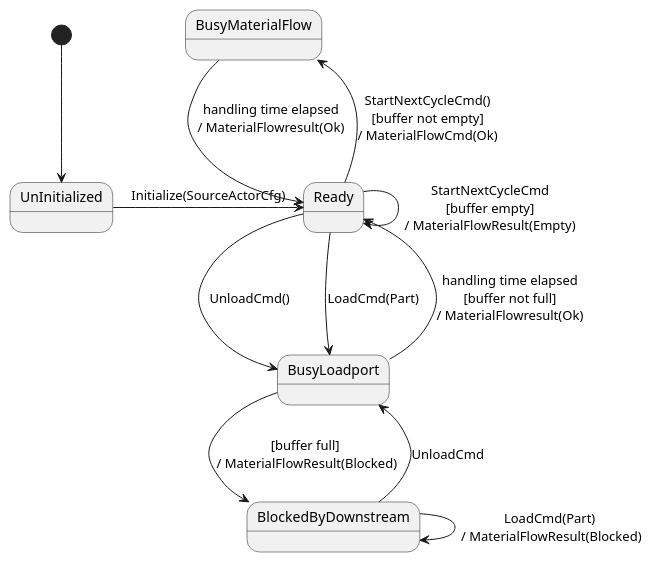
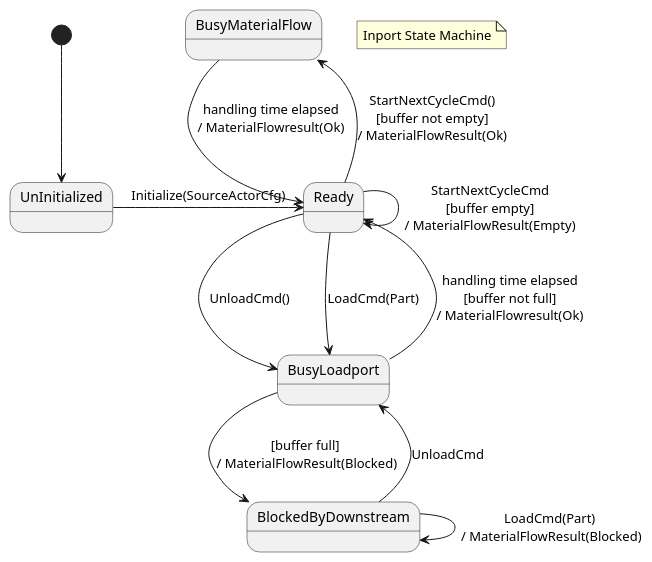
The diagram in doc/inport.stat.puml (onouv/mes-tool-mock-cli), drawn with PlantUML before and after one commit. The commit also changed 4 other files, not shown here.

```diff
--- a/doc/inport.stat.puml
+++ b/doc/inport.stat.puml
@@ -1,15 +1,16 @@
 @startuml
+note "Inport State Machine" as N1
 [*] -down-> UnInitialized
 UnInitialized -> Ready: Initialize(SourceActorCfg)
 Ready -down-> BusyLoadport: LoadCmd(Part)
 Ready -> BusyLoadport: UnloadCmd()
 Ready -> Ready: StartNextCycleCmd\n[buffer empty]\n/ MaterialFlowResult(Empty)
 BusyLoadport -> Ready: handling time elapsed\n[buffer not full]\n/ MaterialFlowresult(Ok)
 BusyLoadport -down-> BlockedByDownstream: [buffer full] \n/ MaterialFlowResult(Blocked)
 BlockedByDownstream -> BlockedByDownstream: LoadCmd(Part) \n/ MaterialFlowResult(Blocked)
 BlockedByDownstream -> BusyLoadport: UnloadCmd
 
-Ready -up-> BusyMaterialFlow: StartNextCycleCmd()\n[buffer not empty]\n/ MaterialFlowCmd(Ok)
+Ready -up-> BusyMaterialFlow: StartNextCycleCmd()\n[buffer not empty]\n/ MaterialFlowResult(Ok)
 BusyMaterialFlow -> Ready: handling time elapsed\n/ MaterialFlowresult(Ok)
 
 @enduml
```
